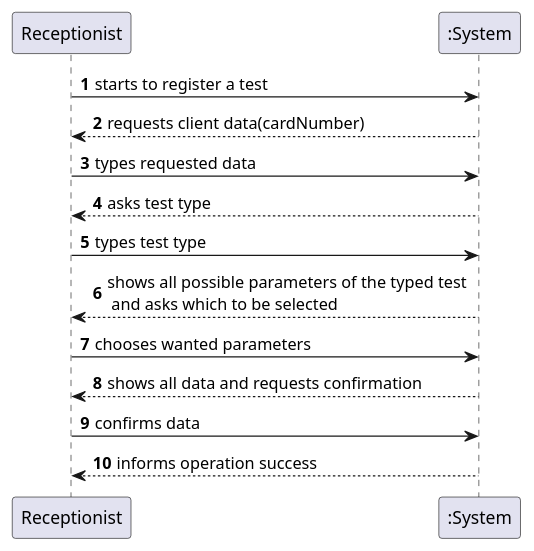
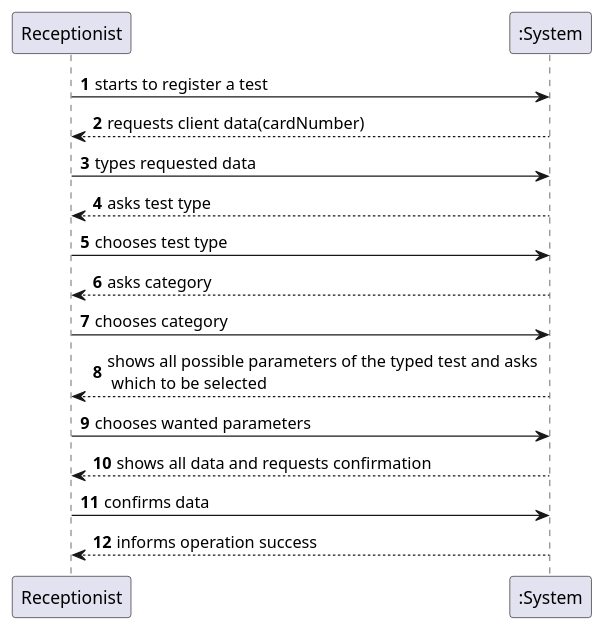
Before and after one commit to MadDinosaur/ISEP-LAPR2: the diagram in docs/SprintC/US4/US4_SSD.puml, drawn with PlantUML. The commit also changed 8 other files, not shown here.

```diff
--- a/docs/SprintC/US4/US4_SSD.puml
+++ b/docs/SprintC/US4/US4_SSD.puml
@@ -1,16 +1,18 @@
 @startuml
 autonumber
 
 Receptionist -> ":System" : starts to register a test
 ":System" --> Receptionist : requests client data(cardNumber)
 Receptionist -> ":System" : types requested data
 ":System" --> Receptionist : asks test type
-Receptionist -> ":System" : types test type
-":System" --> Receptionist : shows all possible parameters of the typed test \n and asks which to be selected
+Receptionist -> ":System" : chooses test type
+":System" --> Receptionist : asks category
+Receptionist -> ":System" : chooses category
+":System" --> Receptionist : shows all possible parameters of the typed test and asks \n which to be selected
 Receptionist -> ":System" : chooses wanted parameters
 ":System" --> Receptionist : shows all data and requests confirmation
 Receptionist -> ":System" : confirms data
 ":System" --> Receptionist : informs operation success
 
 
 @enduml
```
